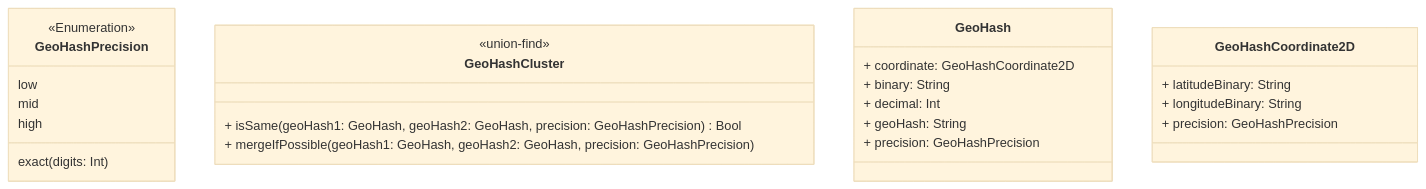
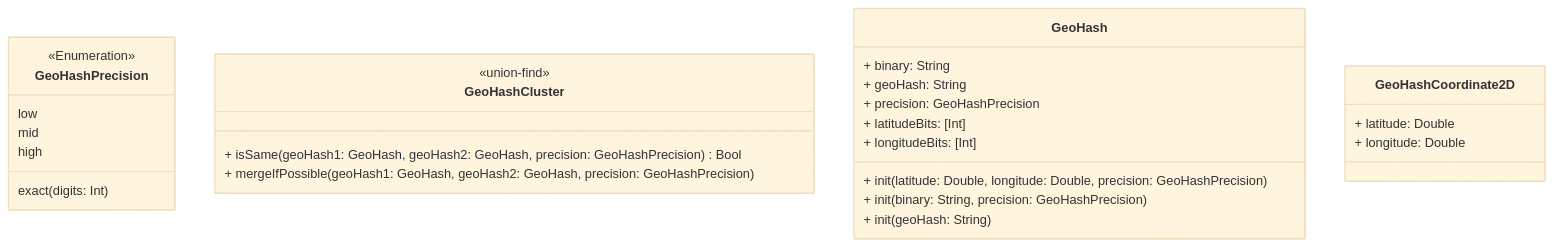
The diagram in README.md (fummicc1/GeoHashSwift), drawn with Mermaid (base theme) before and after one commit. The commit also changed 6 other files, not shown here.

````diff
--- a/README.md
+++ b/README.md
@@ -31,30 +31,32 @@
 ```mermaid
 classDiagram
 
     class GeoHashPrecision {
         <<Enumeration>>
         low
         mid
         high
         exact(digits: Int)
     }
 
     class GeoHashCluster {
         <<union-find>>
         + isSame(geoHash1: GeoHash, geoHash2: GeoHash, precision: GeoHashPrecision) Bool
         + mergeIfPossible(geoHash1: GeoHash, geoHash2: GeoHash, precision: GeoHashPrecision)
     }
 
     class GeoHash {
-        + coordinate: GeoHashCoordinate2D
         + binary: String
-        + decimal: Int
         + geoHash: String
         + precision: GeoHashPrecision
+        + latitudeBits: [Int]
+        + longitudeBits: [Int]
+        + init(latitude: Double, longitude: Double, precision: GeoHashPrecision)
+        + init(binary: String, precision: GeoHashPrecision)
+        + init(geoHash: String)
     }
     class GeoHashCoordinate2D {
-        + latitudeBinary: String
-        + longitudeBinary: String
-        + precision: GeoHashPrecision
+        + latitude: Double
+        + longitude: Double
     }
 ```
````
